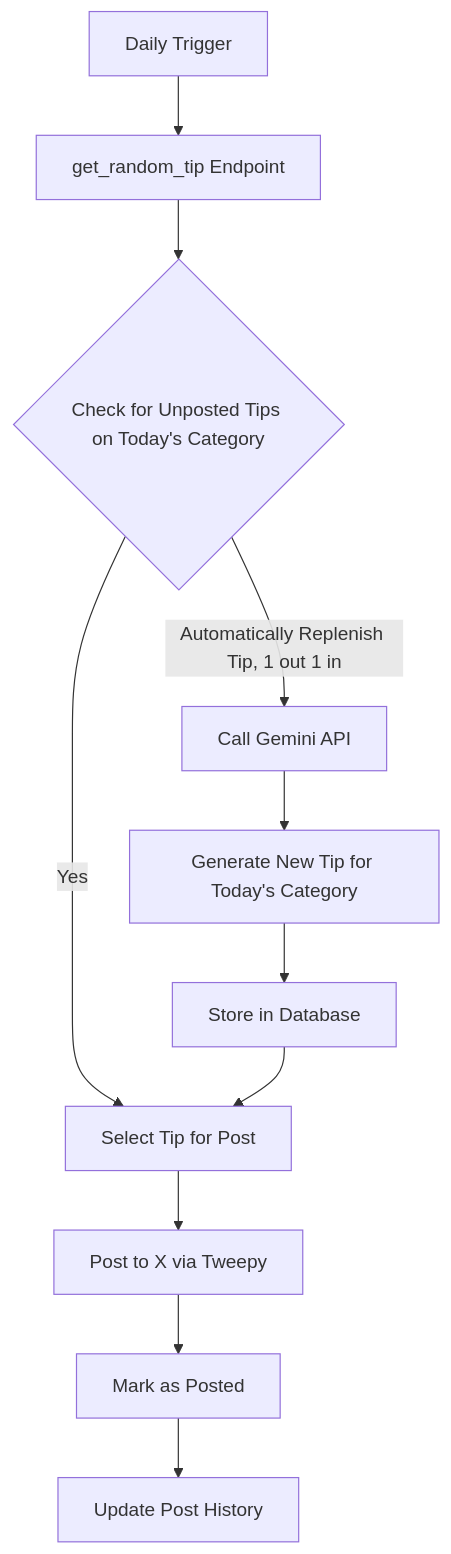
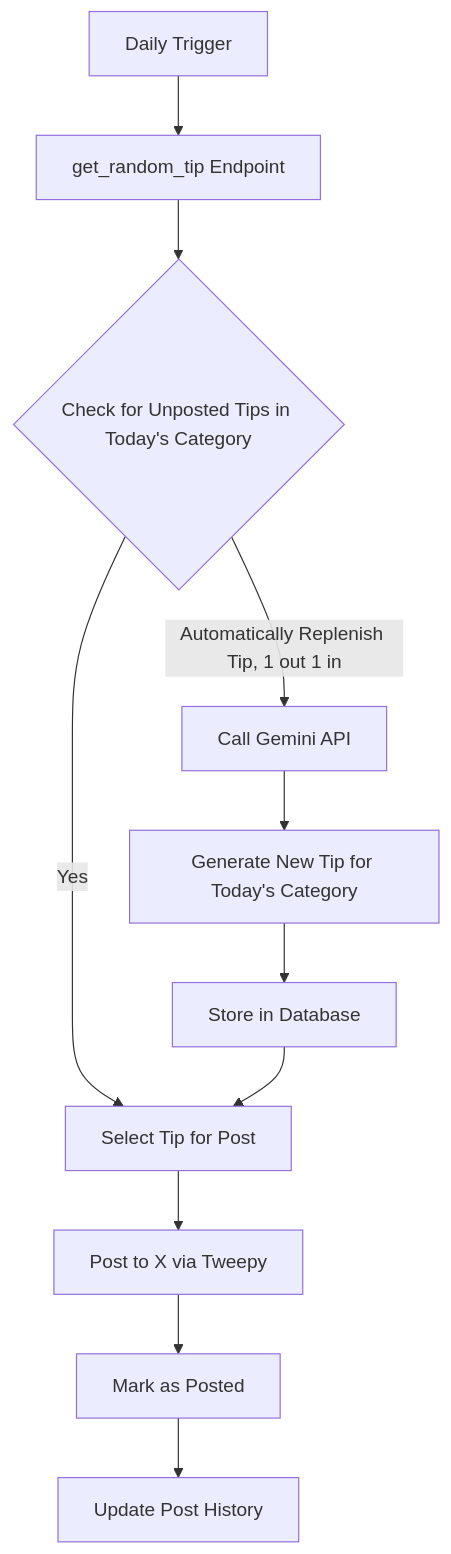
Before and after one commit to C-Damian/FastAPI-X-Bot: the diagram in README.md, drawn with Mermaid.

Commit message:
README update.

````diff
--- a/README.md
+++ b/README.md
@@ -9,13 +9,13 @@
 ```mermaid
 graph TD
     A[Daily Trigger] --> B[get_random_tip Endpoint]
-    B --> C{Check for Unposted Tips on Today's Category}
+    B --> C{Check for Unposted Tips in Today's Category}
     C -->|Yes| D[Select Tip for Post]
     C -->|Automatically Replenish Tip, 1 out 1 in| E[Call Gemini API]
     E --> F[Generate New Tip for Today's Category]
     F --> G[Store in Database]
     G --> D
     D --> H[Post to X via Tweepy]
     H --> I[Mark as Posted]
     I --> J[Update Post History]
 ```
````
